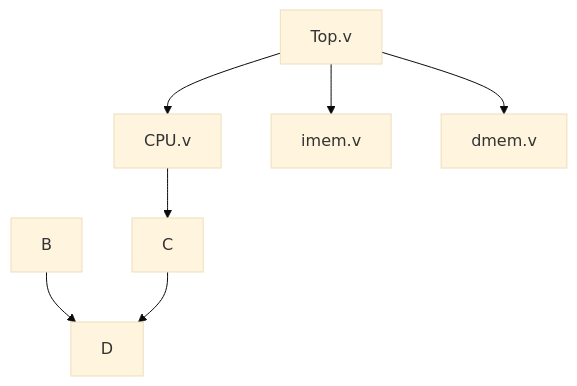
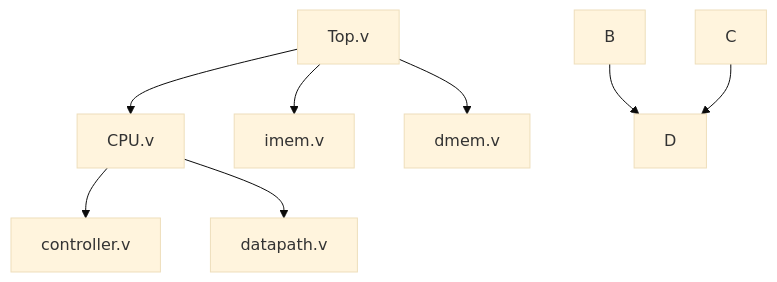
Before and after one commit to gouthamstantri/32bitCPU_Verilog_project: the diagram in README.md, drawn with Mermaid (base theme).

````diff
--- a/README.md
+++ b/README.md
@@ -5,10 +5,11 @@
 ```mermaid
 graph TD;
 Top.v-->CPU.v;
 Top.v-->imem.v;
 Top.v-->dmem.v;
 
-    CPU.v-->C;
+    CPU.v-->controller.v;
+CPU.v-->datapath.v;
     B-->D;
     C-->D;
 ```
````
